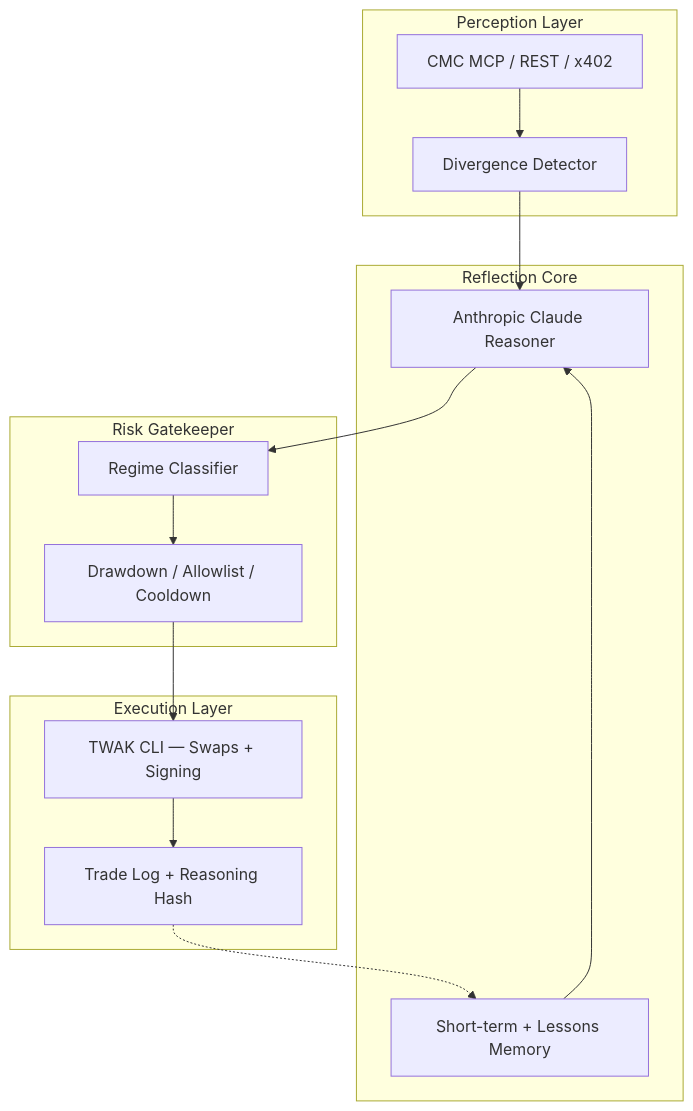
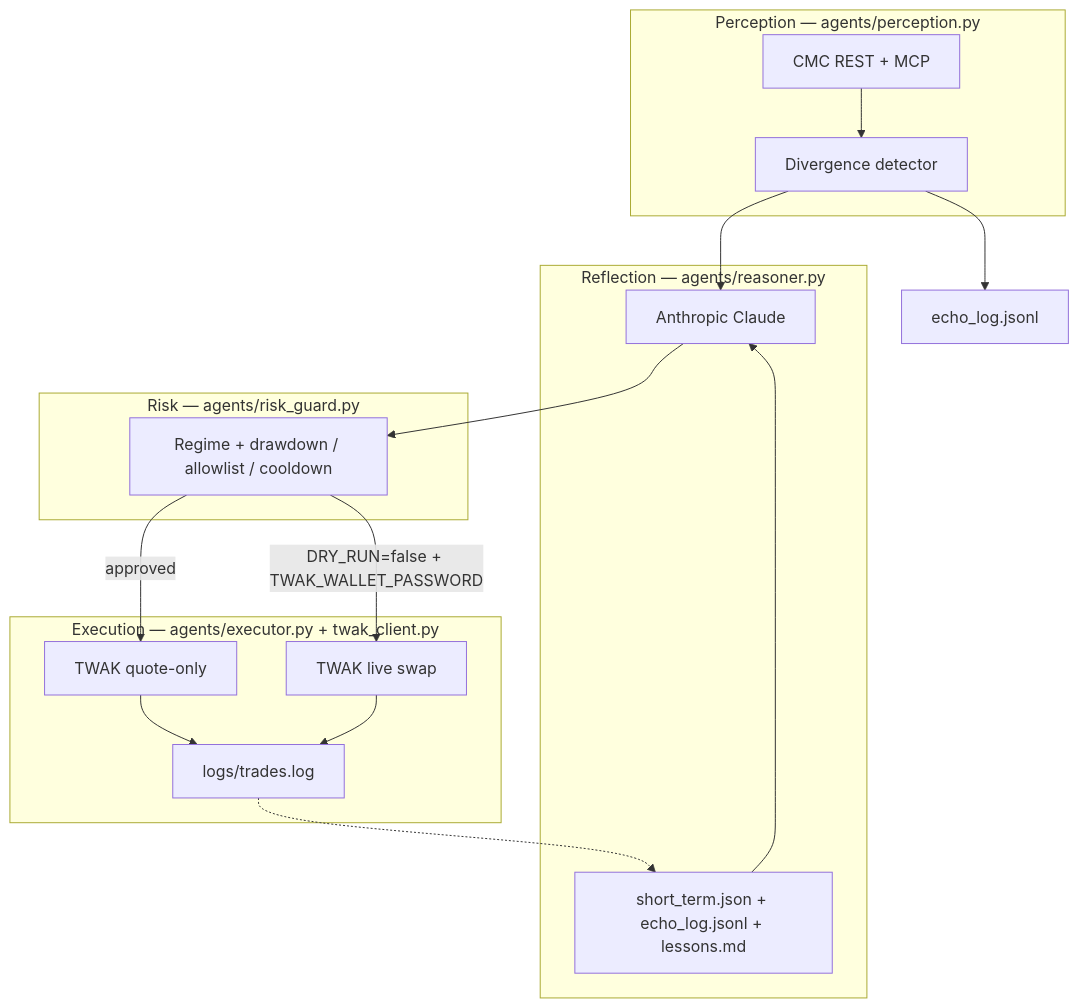
The second of 3 diagrams in README.md (rudazy/EchoTrader), drawn with Mermaid before and after one commit. The commit also changed other lines of this file and 14 other files, not shown here.

Commit message:
update architecture docs

````diff
--- a/README.md
+++ b/README.md
@@ -9,27 +44,32 @@
 ```mermaid
 flowchart TB
-    subgraph Perception["Perception Layer"]
-        CMC["CMC MCP / REST / x402"]
-        DIV["Divergence Detector"]
+    subgraph Perception["Perception — agents/perception.py"]
+        CMC["CMC REST + MCP"]
+        DIV["Divergence detector"]
+        CMC --> DIV
     end
 
-    subgraph Reflection["Reflection Core"]
-        MEM["Short-term + Lessons Memory"]
-        LLM["Anthropic Claude Reasoner"]
+    subgraph Reflection["Reflection — agents/reasoner.py"]
+        MEM["short_term.json + echo_log.jsonl + lessons.md"]
+        LLM["Anthropic Claude"]
+        MEM --> LLM
     end
 
-    subgraph Gate["Risk Gatekeeper"]
-        REG["Regime Classifier"]
-        GRD["Drawdown / Allowlist / Cooldown"]
+    subgraph Gate["Risk — agents/risk_guard.py"]
+        RISK["Regime + drawdown / allowlist / cooldown"]
     end
 
-    subgraph Exec["Execution Layer"]
-        TWAK["TWAK CLI — Swaps + Signing"]
-        LOG["Trade Log + Reasoning Hash"]
+    subgraph Exec["Execution — agents/executor.py + twak_client.py"]
+        TWAKQ["TWAK quote-only"]
+        TWAKX["TWAK live swap"]
+        LOG["logs/trades.log"]
     end
 
-    CMC --> DIV --> LLM
-    MEM --> LLM
-    LLM --> REG --> GRD --> TWAK --> LOG
+    DIV --> LLM --> RISK
+    RISK -->|approved| TWAKQ
+    RISK -->|DRY_RUN=false + TWAK_WALLET_PASSWORD| TWAKX
+    TWAKQ --> LOG
+    TWAKX --> LOG
     LOG -.-> MEM
+    DIV --> ECHO["echo_log.jsonl"]
 ```
````
